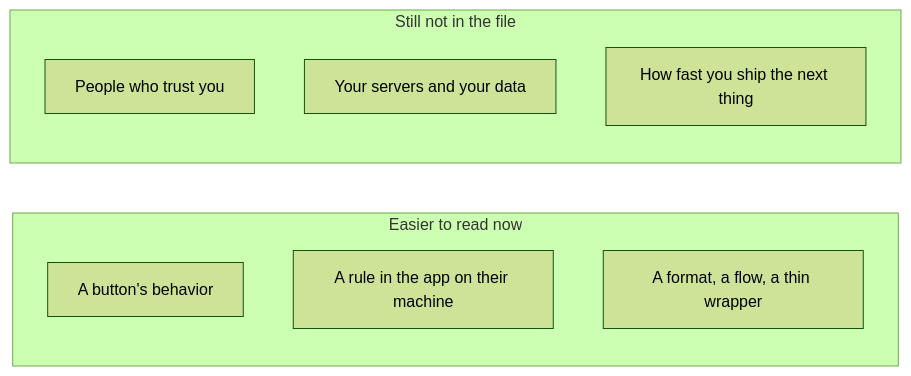
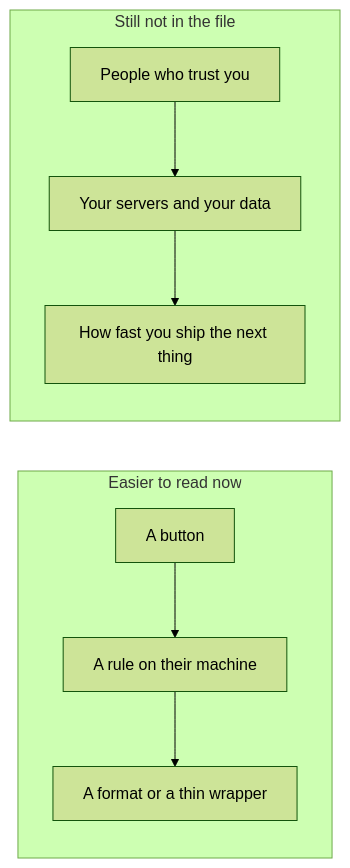
The sixth of 6 diagrams in content/docs/mdx/part-10-field-notes/chapter-27-reverse-engineer-anything/index.mdx (FirePheonix/cognitive), drawn with Mermaid (forest theme) before and after one commit. The commit also changed other lines of this file and 6 other files, not shown here.

Commit message:
Add the books page and fix the reverse-engineering flowcharts.

````diff
--- a/content/docs/mdx/part-10-field-notes/chapter-27-reverse-engineer-anything/index.mdx
+++ b/content/docs/mdx/part-10-field-notes/chapter-27-reverse-engineer-anything/index.mdx
@@ -256,13 +254,9 @@
 ```mermaid
 flowchart LR
-  subgraph easy ["Easier to read now"]
-    Button["A button's behavior"]
-    Rule["A rule in the app on their machine"]
-    Format["A format, a flow, a thin wrapper"]
+  subgraph easy [Easier to read now]
+    Button["A button"] --> ClientRule["A rule on their machine"] --> Format["A format or a thin wrapper"]
   end
-  subgraph hard ["Still not in the file"]
-    Trust["People who trust you"]
-    Data["Your servers and your data"]
-    Speed["How fast you ship the next thing"]
+  subgraph hard [Still not in the file]
+    Trust["People who trust you"] --> Data["Your servers and your data"] --> Speed["How fast you ship the next thing"]
   end
 ```
````
